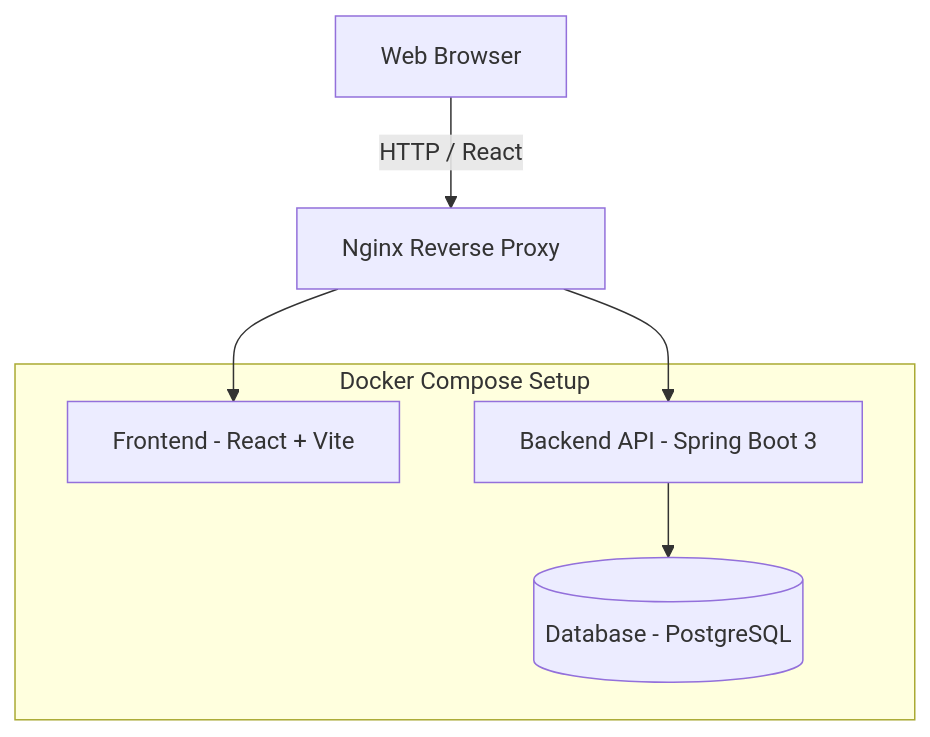
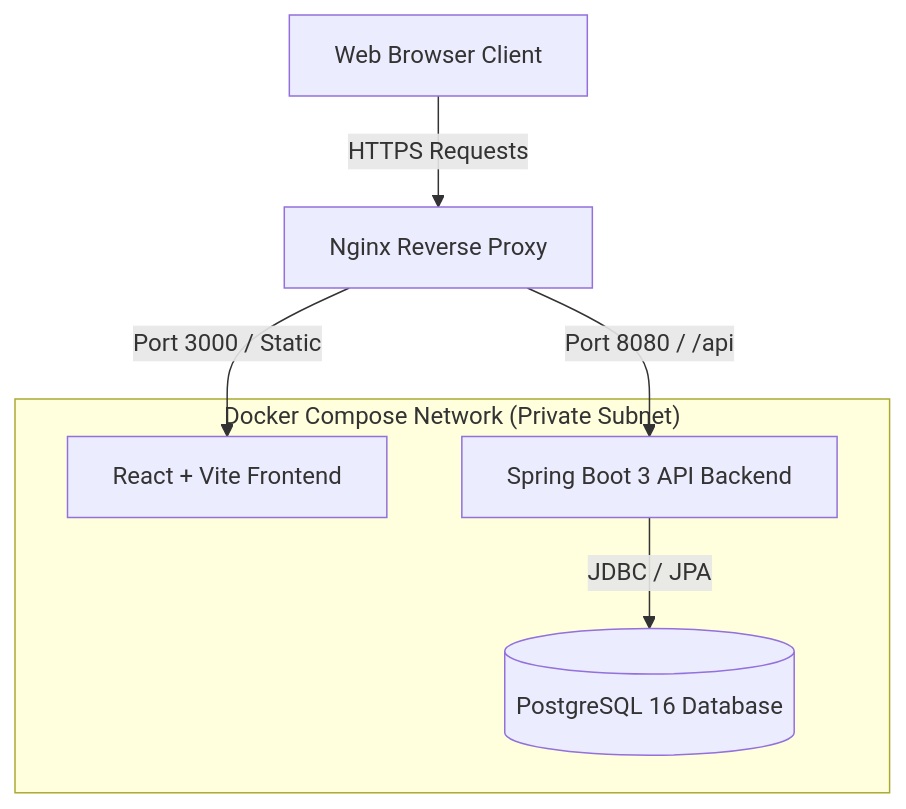
Before and after one commit to VaibhavTiwari006/S-06-Accessibility-Audit-Inclusion-Improvement-Drive-on-Campus: the diagram in docs/architecture/ARCHITECTURE_DIAGRAM.md, drawn with Mermaid. The commit also changed other lines of this file, not shown here.

Commit message:
docs(Architecture): expand ARCHITECTURE_DIAGRAM.md with detailed proxy and security configurations

````diff
--- a/docs/architecture/ARCHITECTURE_DIAGRAM.md
+++ b/docs/architecture/ARCHITECTURE_DIAGRAM.md
@@ -5,13 +9,13 @@
 ```mermaid
 graph TD
-    Client[Web Browser] -->|HTTP / React| Nginx[Nginx Reverse Proxy]
-    Nginx --> Frontend[Frontend - React + Vite]
-    Nginx --> Backend[Backend API - Spring Boot 3]
-    Backend --> DB[(Database - PostgreSQL)]
+    Client[Web Browser Client] -->|HTTPS Requests| Proxy[Nginx Reverse Proxy]
+    Proxy -->|Port 3000 / Static| Frontend[React + Vite Frontend]
+    Proxy -->|Port 8080 / /api| Backend[Spring Boot 3 API Backend]
+    Backend -->|JDBC / JPA| DB[(PostgreSQL 16 Database)]
     
-    subgraph "Docker Compose Setup"
+    subgraph "Docker Compose Network (Private Subnet)"
         Frontend
         Backend
         DB
     end
 ```
````
